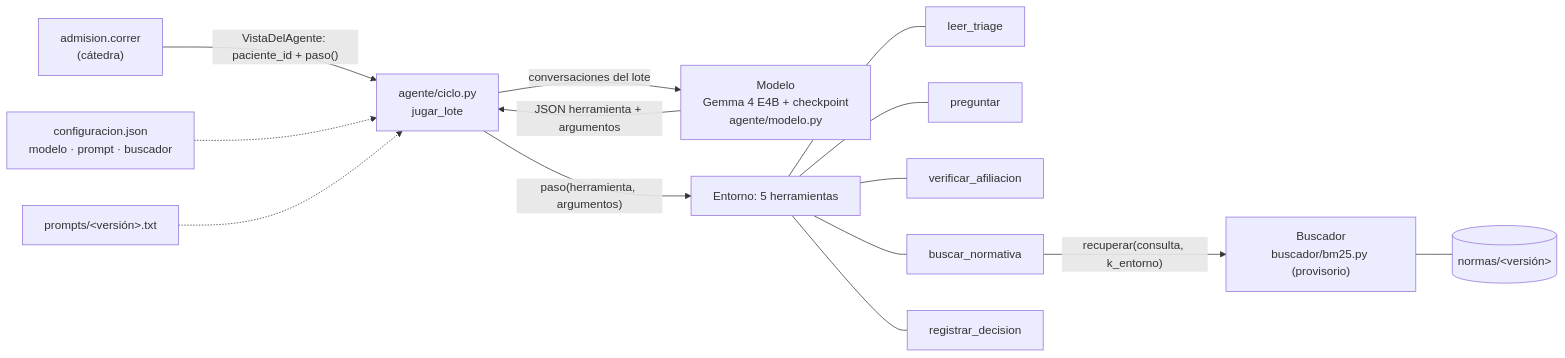
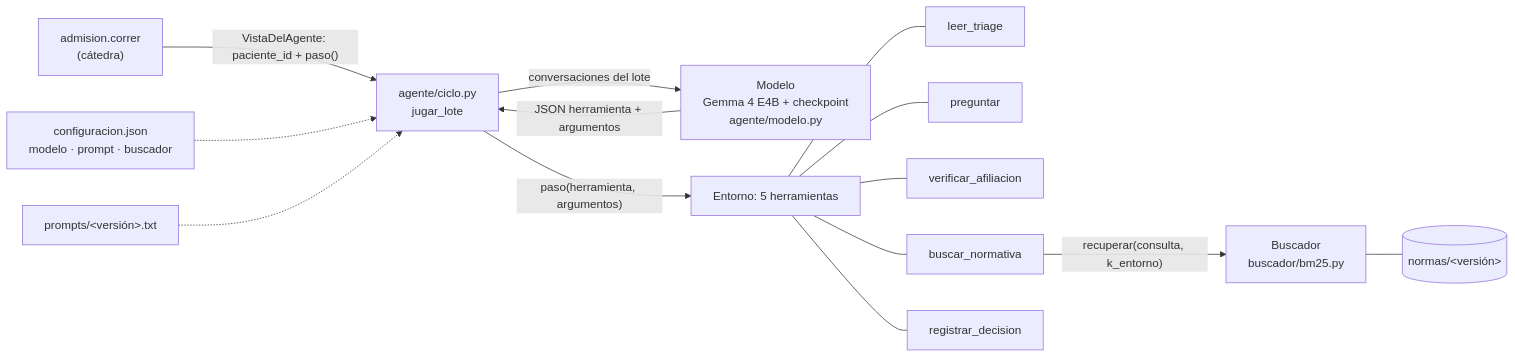
Before and after one commit to genai-grupo-2/emergency-admission-agent: the diagram in README.md, drawn with Mermaid. The commit also changed other lines of this file and 1 other file, not shown here.

````diff
--- a/README.md
+++ b/README.md
@@ -24,16 +25,16 @@
 ```mermaid
 flowchart LR
     R["admision.correr<br/>(cátedra)"] -->|"VistaDelAgente: paciente_id + paso()"| A["agente/ciclo.py<br/>jugar_lote"]
     A -->|"conversaciones del lote"| M["Modelo<br/>Gemma 4 E4B + checkpoint<br/>agente/modelo.py"]
     M -->|"JSON herramienta + argumentos"| A
     A -->|"paso(herramienta, argumentos)"| E["Entorno: 5 herramientas"]
     E --- T1[leer_triage]
     E --- T2[preguntar]
     E --- T3[verificar_afiliacion]
     E --- T4[buscar_normativa]
     E --- T5[registrar_decision]
-    T4 -->|"recuperar(consulta, k_entorno)"| B["Buscador<br/>buscador/bm25.py (provisorio)"]
+    T4 -->|"recuperar(consulta, k_entorno)"| B["Buscador<br/>buscador/bm25.py"]
     B --- N[("normas/&lt;versión&gt;")]
     C["configuracion.json<br/>modelo · prompt · buscador"] -.-> A
     P["prompts/&lt;versión&gt;.txt"] -.-> A
 ```
````
